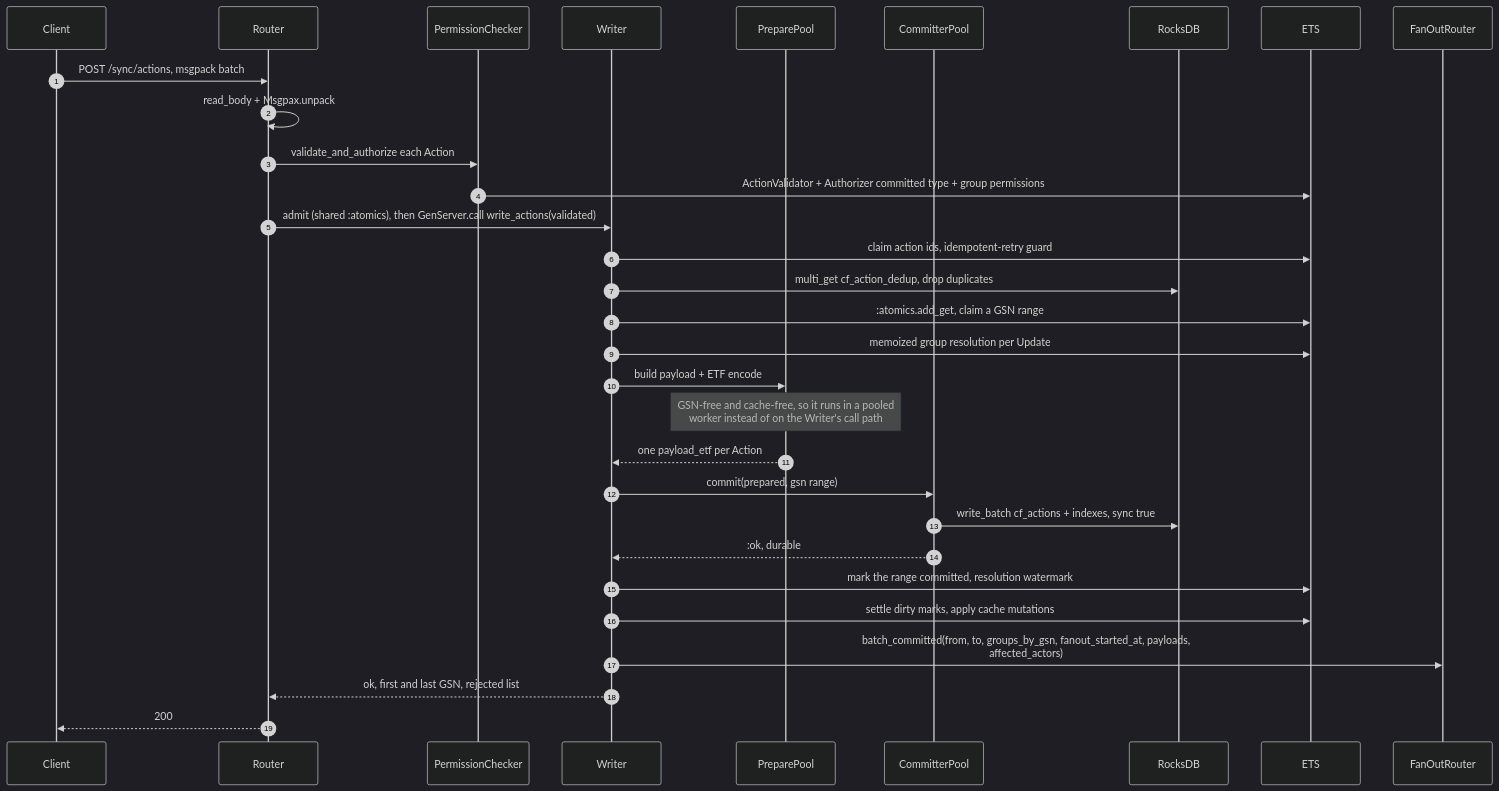
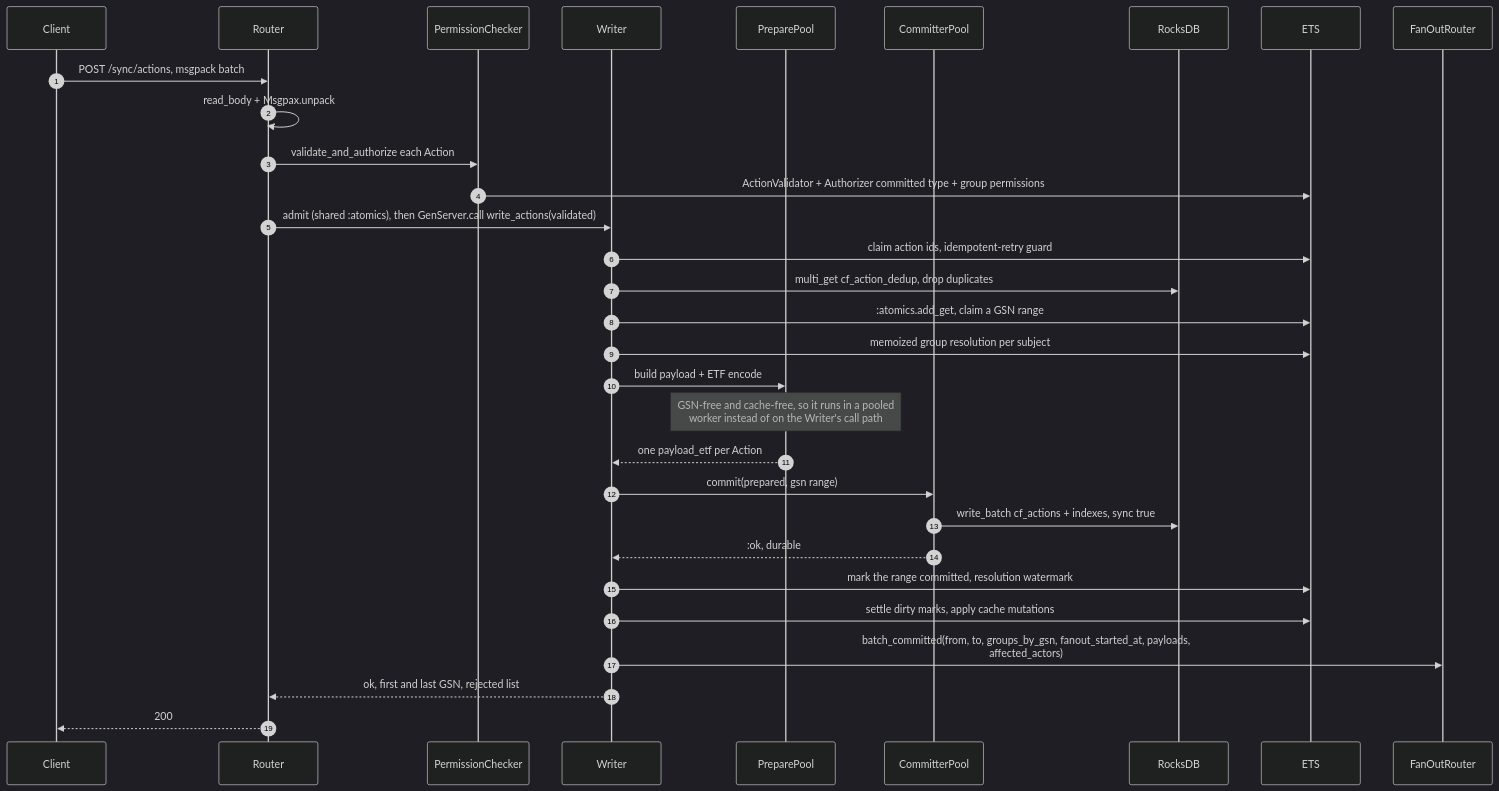
The second of 6 diagrams in ebb_server/README.md (ebbjs/ebbjs), drawn with Mermaid (dark theme) before and after one commit. The commit also changed other lines of this file and 44 other files, not shown here.

````diff
--- a/ebb_server/README.md
+++ b/ebb_server/README.md
@@ -513,36 +513,36 @@
 ```mermaid
 sequenceDiagram
   autonumber
   participant C as Client
   participant R as Router
   participant P as PermissionChecker
   participant W as Writer
   participant PP as PreparePool
   participant CP as CommitterPool
   participant DB as RocksDB
   participant E as ETS
   participant F as FanOutRouter
 
   C->>R: POST /sync/actions, msgpack batch
   R->>R: read_body + Msgpax.unpack
   R->>P: validate_and_authorize each Action
   P->>E: ActionValidator + Authorizer committed type + group permissions
   R->>W: admit (shared :atomics), then GenServer.call write_actions(validated)
 
   W->>E: claim action ids, idempotent-retry guard
   W->>DB: multi_get cf_action_dedup, drop duplicates
   W->>E: :atomics.add_get, claim a GSN range
-  W->>E: memoized group resolution per Update
+  W->>E: memoized group resolution per subject
   W->>PP: build payload + ETF encode
   Note over PP: GSN-free and cache-free, so it runs in a pooled<br/>worker instead of on the Writer's call path
   PP-->>W: one payload_etf per Action
   W->>CP: commit(prepared, gsn range)
   CP->>DB: write_batch cf_actions + indexes, sync true
   CP-->>W: :ok, durable
 
   W->>E: mark the range committed, resolution watermark
   W->>E: settle dirty marks, apply cache mutations
   W->>F: batch_committed(from, to, groups_by_gsn, fanout_started_at, payloads,<br/>affected_actors)
   W-->>R: ok, first and last GSN, rejected list
   R-->>C: 200
 ```
````
